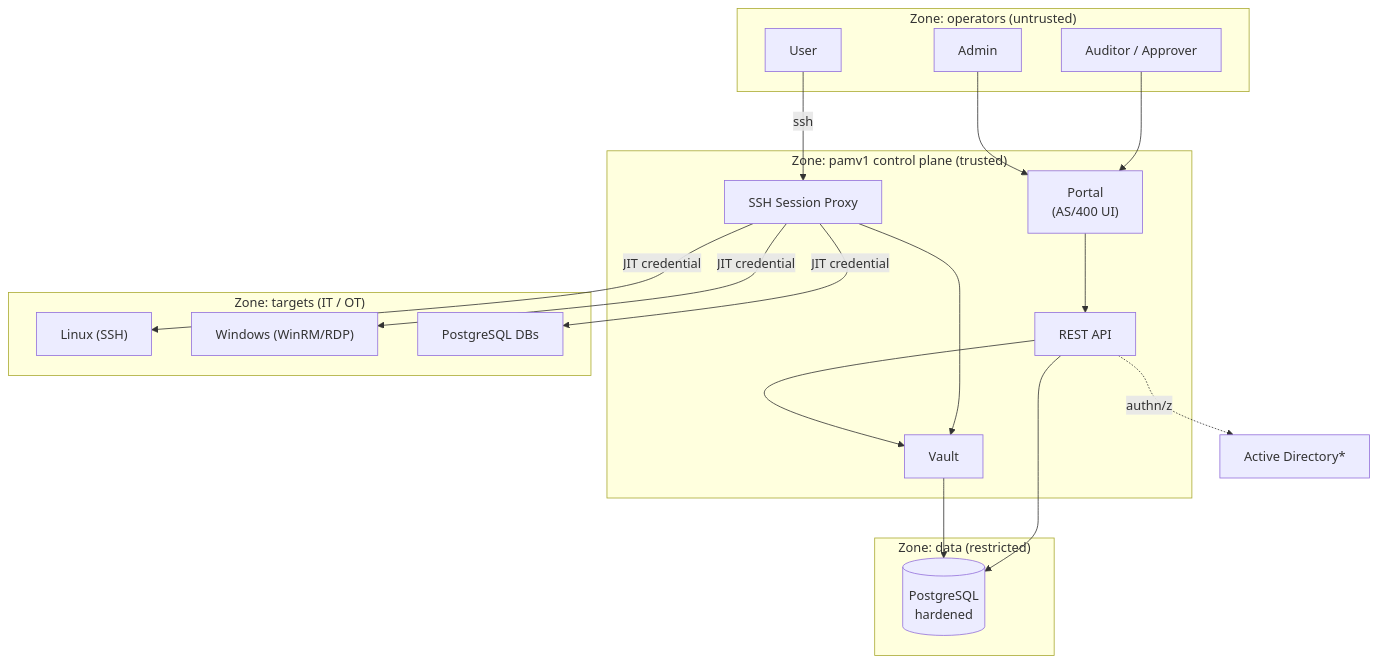
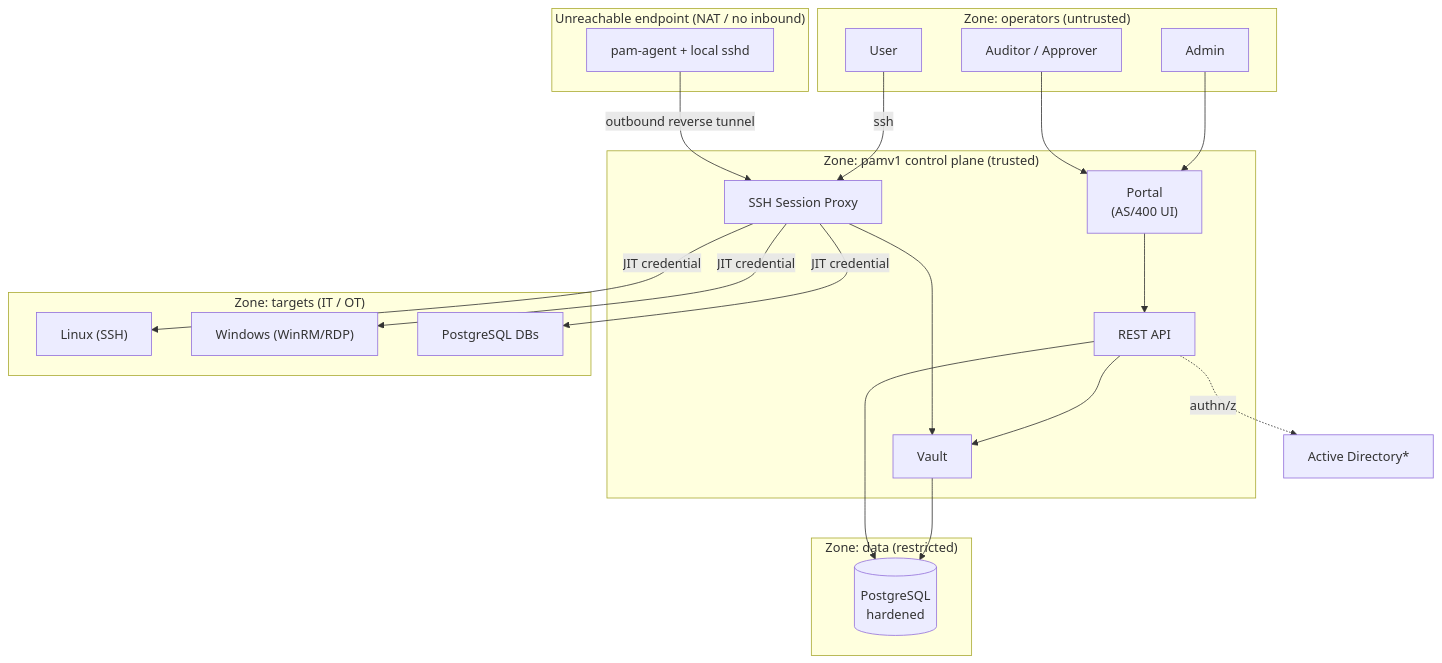
One commit to morandeirachema/PAMv1 changed the first of 4 diagrams in docs/ARCHITECTURE-HIGH-LEVEL.md. Above: the diagram before and after it, drawn with Mermaid. The commit also changed other lines of this file and 46 other files, not shown here.

````diff
--- a/docs/ARCHITECTURE-HIGH-LEVEL.md
+++ b/docs/ARCHITECTURE-HIGH-LEVEL.md
@@ -25,39 +25,44 @@
 ```mermaid
 flowchart TB
     subgraph Z0["Zone: operators (untrusted)"]
         ADMIN["  Admin  "]
         USER["  User  "]
         AUD["  Auditor / Approver  "]
     end
 
     subgraph Z1["Zone: pamv1 control plane (trusted)"]
         PORTAL["  Portal  <br/>  (AS/400 UI)  "]
         API["  REST API  "]
         PROXY["  SSH Session Proxy  "]
         VAULT["  Vault  "]
     end
 
     subgraph Z2["Zone: data (restricted)"]
         DB[("  PostgreSQL  <br/>  hardened  ")]
     end
 
     subgraph Z3["Zone: targets (IT / OT)"]
         LNX["  Linux (SSH)  "]
         WIN["  Windows (WinRM/RDP)  "]
         PGT["  PostgreSQL DBs  "]
     end
 
+    subgraph Z4["Unreachable endpoint (NAT / no inbound)"]
+        EPA["  pam-agent  +  local sshd  "]
+    end
+
     IDP["  Active Directory*  "]
 
     ADMIN --> PORTAL --> API
     USER -->|"ssh"| PROXY
     AUD --> PORTAL
     API --> VAULT
     PROXY --> VAULT
     VAULT --> DB
     API --> DB
     API -.->|"authn/z"| IDP
     PROXY -->|"JIT credential"| LNX
     PROXY -->|"JIT credential"| WIN
     PROXY -->|"JIT credential"| PGT
+    EPA -->|"outbound reverse tunnel"| PROXY
 ```
````
